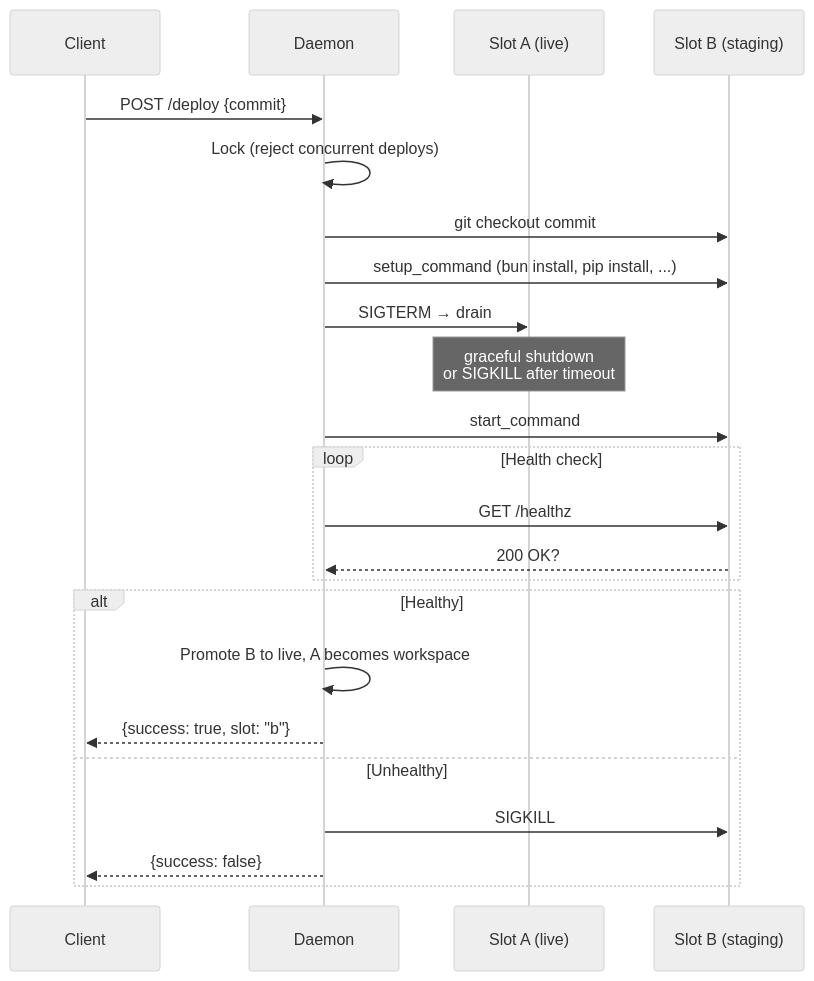
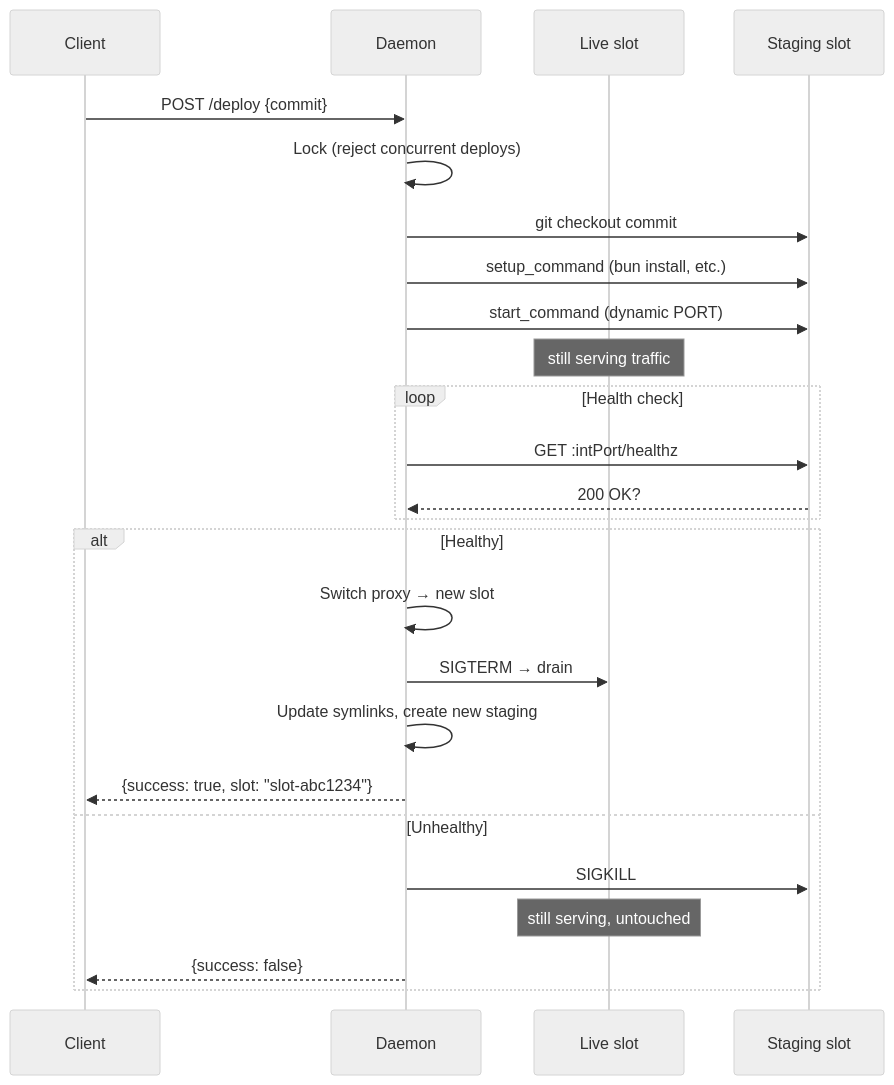
One commit to louije/slot-machine changed the diagram in README.md. Above: the diagram before and after it, drawn with Mermaid (neutral theme). The commit also changed other lines of this file and 6 other files, not shown here.

````diff
--- a/README.md
+++ b/README.md
@@ -89,26 +55,28 @@
 ```mermaid
 sequenceDiagram
     participant C as Client
     participant D as Daemon
-    participant A as Slot A (live)
-    participant B as Slot B (staging)
+    participant Old as Live slot
+    participant New as Staging slot
 
     C->>D: POST /deploy {commit}
     D->>D: Lock (reject concurrent deploys)
-    D->>B: git checkout commit
-    D->>B: setup_command (bun install, pip install, ...)
-    D->>A: SIGTERM → drain
-    Note over A: graceful shutdown<br/>or SIGKILL after timeout
-    D->>B: start_command
+    D->>New: git checkout commit
+    D->>New: setup_command (bun install, etc.)
+    D->>New: start_command (dynamic PORT)
+    Note over Old: still serving traffic
     loop Health check
-        D->>B: GET /healthz
-        B-->>D: 200 OK?
+        D->>New: GET :intPort/healthz
+        New-->>D: 200 OK?
     end
     alt Healthy
-        D->>D: Promote B to live, A becomes workspace
-        D-->>C: {success: true, slot: "b"}
+        D->>D: Switch proxy → new slot
+        D->>Old: SIGTERM → drain
+        D->>D: Update symlinks, create new staging
+        D-->>C: {success: true, slot: "slot-abc1234"}
     else Unhealthy
-        D->>B: SIGKILL
+        D->>New: SIGKILL
+        Note over Old: still serving, untouched
         D-->>C: {success: false}
     end
 ```
````
